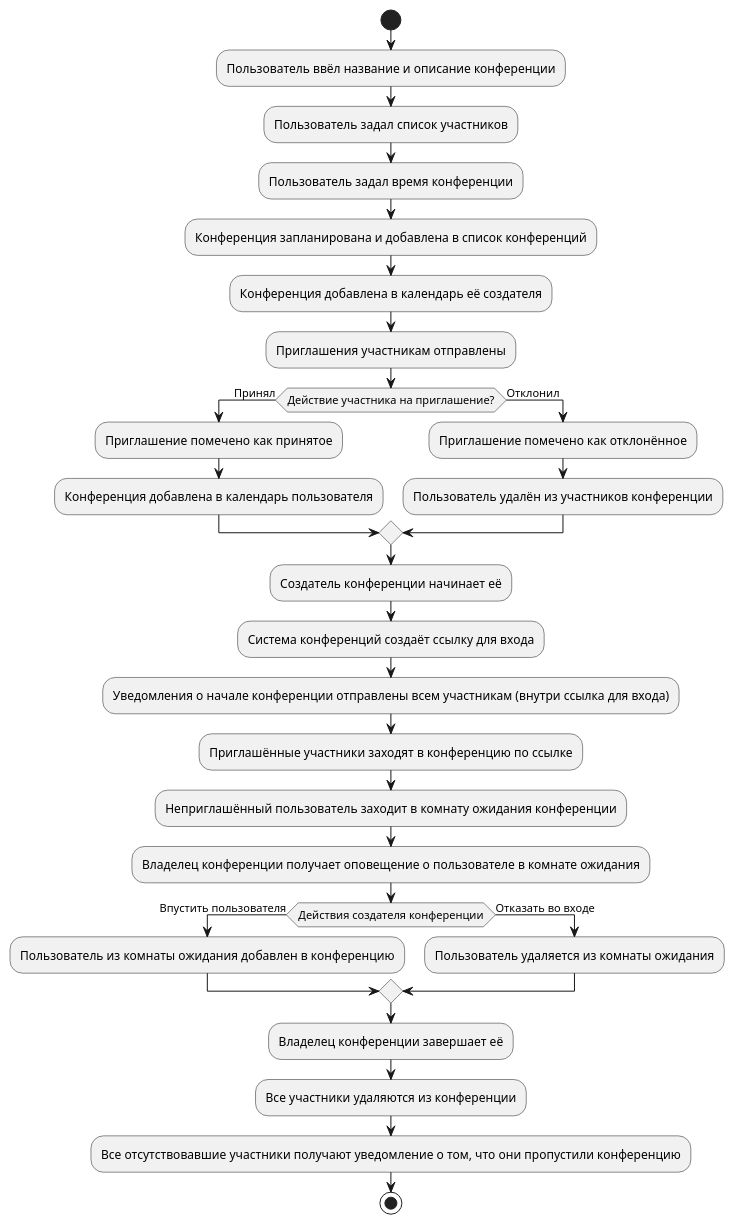
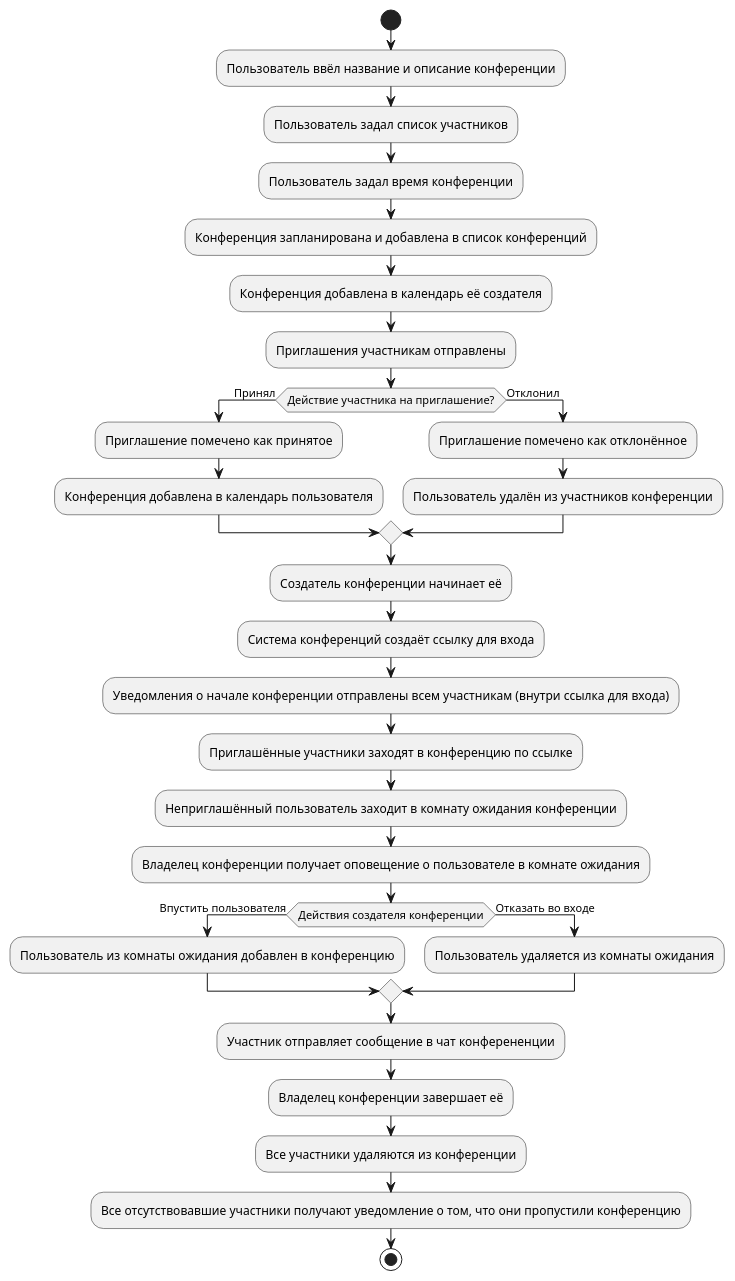
One commit to lich906/architectural-katas changed the diagram in UML/activity.puml. Above: the diagram before and after it, drawn with PlantUML. The commit also changed 1 other file, not shown here.

```diff
--- a/UML/activity.puml
+++ b/UML/activity.puml
@@ -1,36 +1,38 @@
 @startuml
 start
 :Пользователь ввёл название и описание конференции;
 :Пользователь задал список участников;
 :Пользователь задал время конференции;
 :Конференция запланирована и добавлена в список конференций;
 :Конференция добавлена в календарь её создателя;
 :Приглашения участникам отправлены;
 
 if (Действие участника на приглашение?) then (Принял)
   :Приглашение помечено как принятое;
   :Конференция добавлена в календарь пользователя;
 else (Отклонил)
   :Приглашение помечено как отклонённое;
   :Пользователь удалён из участников конференции;
  endif
 
 :Создатель конференции начинает её;
 :Система конференций создаёт ссылку для входа;
 :Уведомления о начале конференции отправлены всем участникам (внутри ссылка для входа);
 :Приглашённые участники заходят в конференцию по ссылке;
 :Неприглашённый пользователь заходит в комнату ожидания конференции;
 :Владелец конференции получает оповещение о пользователе в комнате ожидания;
 
 if(Действия создателя конференции) then (Впустить пользователя)
     :Пользователь из комнаты ожидания добавлен в конференцию;
 else (Отказать во входе)
     :Пользователь удаляется из комнаты ожидания;
 endif
 
+:Участник отправляет сообщение в чат конферененции;
+
 :Владелец конференции завершает её;
 :Все участники удаляются из конференции;
 :Все отсутствовавшие участники получают уведомление о том, что они пропустили конференцию;
 
 stop
 @enduml
```
